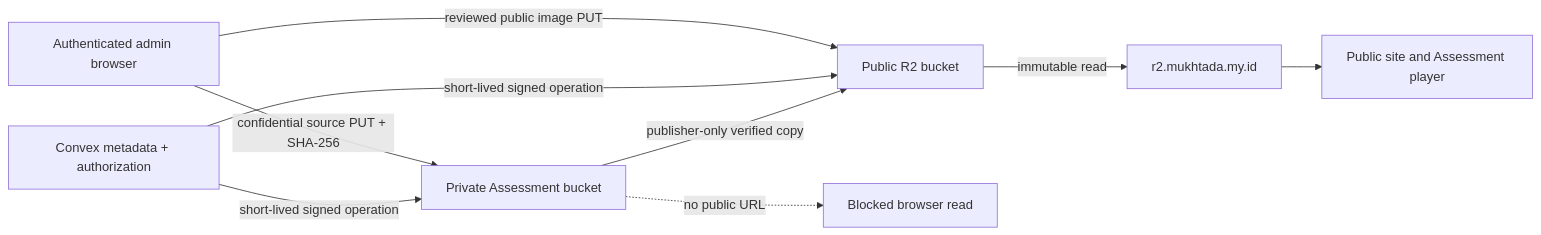
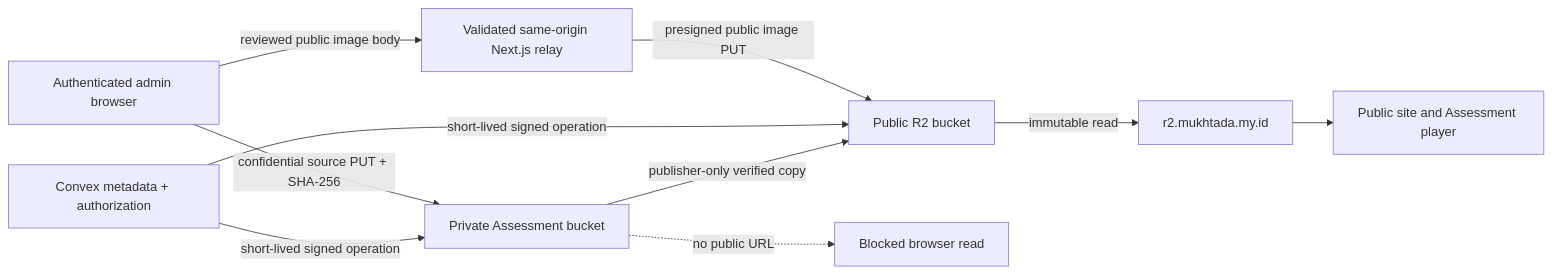
The diagram in R2-SETUP.md (English-Club-Jambi/website), drawn with Mermaid before and after one commit. The commit also changed other lines of this file and 215 other files, not shown here.

````diff
--- a/R2-SETUP.md
+++ b/R2-SETUP.md
@@ -36,11 +37,12 @@
 ```mermaid
 flowchart LR
-  A["Authenticated admin browser"] -->|"reviewed public image PUT"| P["Public R2 bucket"]
+  A["Authenticated admin browser"] -->|"reviewed public image body"| N["Validated same-origin Next.js relay"]
+  N -->|"presigned public image PUT"| P["Public R2 bucket"]
   A -->|"confidential source PUT + SHA-256"| Q["Private Assessment bucket"]
   C["Convex metadata + authorization"] -->|"short-lived signed operation"| P
   C -->|"short-lived signed operation"| Q
   Q -->|"publisher-only verified copy"| P
   P -->|"immutable read"| D["r2.mukhtada.my.id"]
   D --> V["Public site and Assessment player"]
   Q -. "no public URL" .-> X["Blocked browser read"]
 ```
````
